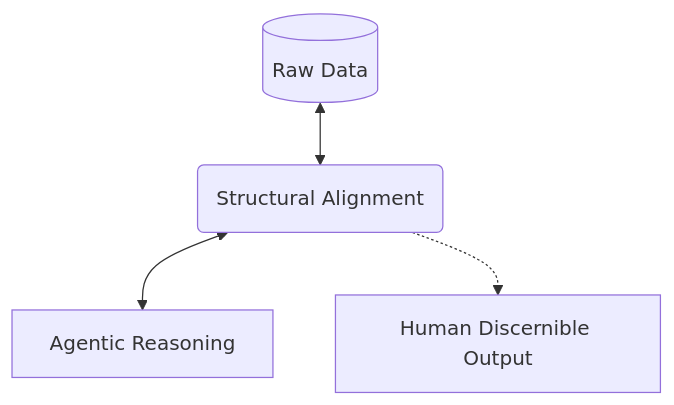
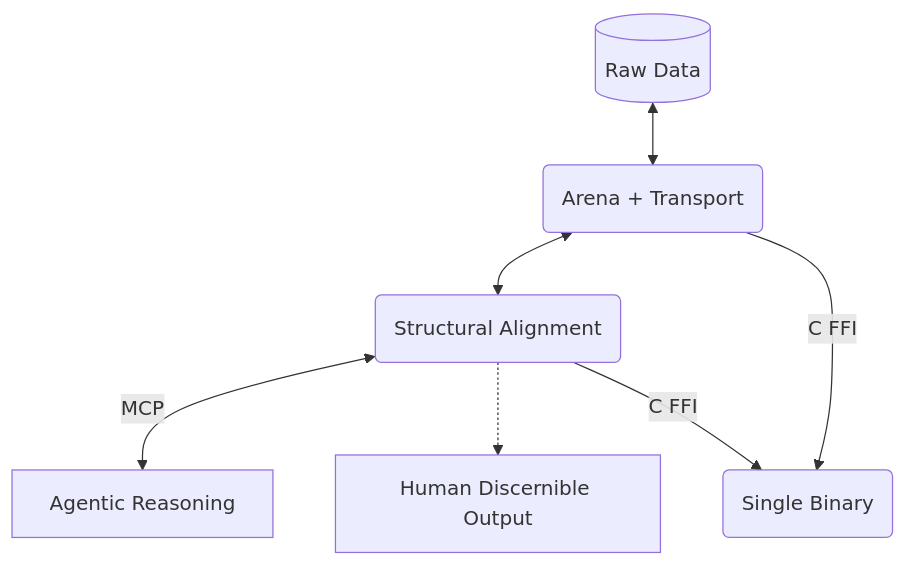
The diagram in profile/README.md (agentic-research/.github), drawn with Mermaid before and after one commit. The commit also changed other lines of this file, not shown here.

Commit message:
docs: add Kiln to org profile, update mermaid diagram

````diff
--- a/profile/README.md
+++ b/profile/README.md
@@ -7,6 +7,7 @@
 ```mermaid
 graph TD
-    Data[(Raw Data)] <--> Mache(Structural Alignment) <--> Agent[Agentic Reasoning]
+    Data[(Raw Data)] <--> Leyline(Arena + Transport) <--> Mache(Structural Alignment)
+    Mache <-->|MCP| Agent[Agentic Reasoning]
     Mache -.-> Human[Human Discernible Output]
-
+    Leyline & Mache -->|C FFI| Kiln(Single Binary)
 ```
````
